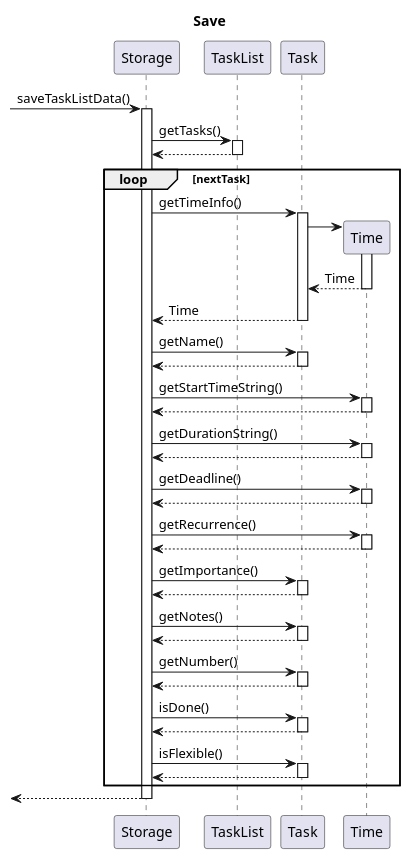
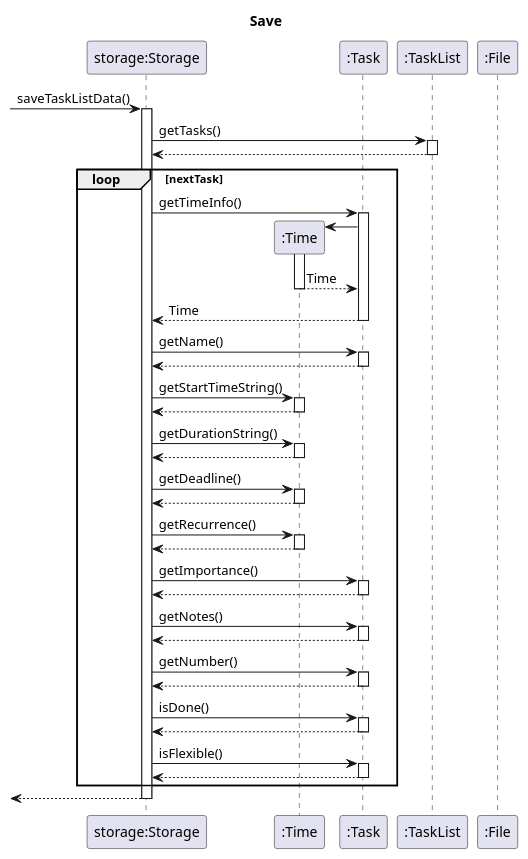
One commit to wish2023/tp changed the diagram in docs/sequenceDiagrams/saveStorage.puml. Above: the diagram before and after it, drawn with PlantUML. The commit also changed 6 other files, not shown here.

```diff
--- a/docs/sequenceDiagrams/saveStorage.puml
+++ b/docs/sequenceDiagrams/saveStorage.puml
@@ -1,35 +1,40 @@
 @startuml
 title Save
+participant "storage:Storage" as Storage
+participant ":Time" as Time
+participant ":Task" as Task
+participant ":TaskList" as TaskList
+participant ":File" as File
 
 ->Storage++: saveTaskListData()
 Storage->TaskList++: getTasks()
 return
 loop nextTask
 Storage->Task++: getTimeInfo()
 Task->Time**
 activate Time
 return Time
 return Time
 Storage->Task++: getName()
 return
 Storage->Time++:getStartTimeString()
 return
 Storage->Time++: getDurationString()
 return
 Storage->Time++:getDeadline()
 return
 Storage->Time++:getRecurrence()
 return
 Storage->Task++: getImportance()
 return
 Storage->Task++: getNotes()
 return
 Storage->Task++: getNumber()
 return
 Storage->Task++: isDone()
 return
 Storage->Task++: isFlexible()
 return
 end
 <--Storage--
 @enduml
```
